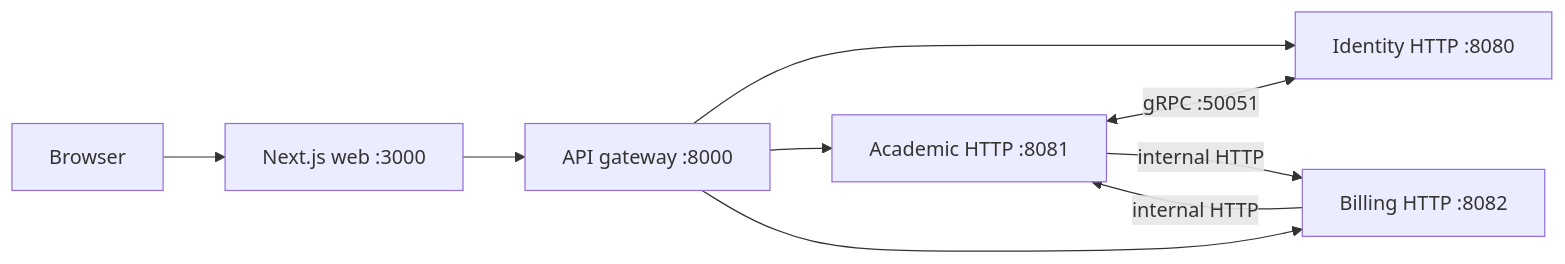
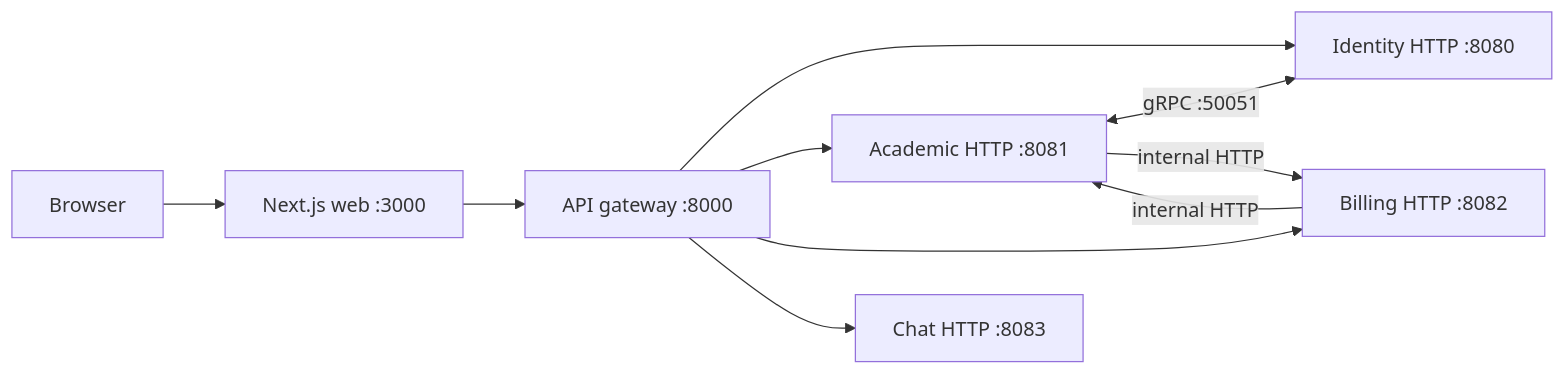
The diagram in README.md (kelolakelas/kelolakelas-docs), drawn with Mermaid before and after one commit. The commit also changed other lines of this file and 15 other files, not shown here.

First line of the commit message:
KEL-122: document gateway chat REST + WebSocket forwarding (ADR 0048) (#121)

````diff
--- a/README.md
+++ b/README.md
@@ -18,11 +18,12 @@
 ```mermaid
 flowchart LR
   Browser --> Web[Next.js web :3000]
   Web --> Gateway[API gateway :8000]
   Gateway --> Identity[Identity HTTP :8080]
   Gateway --> Academic[Academic HTTP :8081]
   Gateway --> Billing[Billing HTTP :8082]
+  Gateway --> Chat[Chat HTTP :8083]
   Academic <-->|gRPC :50051| Identity
   Academic -->|internal HTTP| Billing
   Billing -->|internal HTTP| Academic
 ```
````
